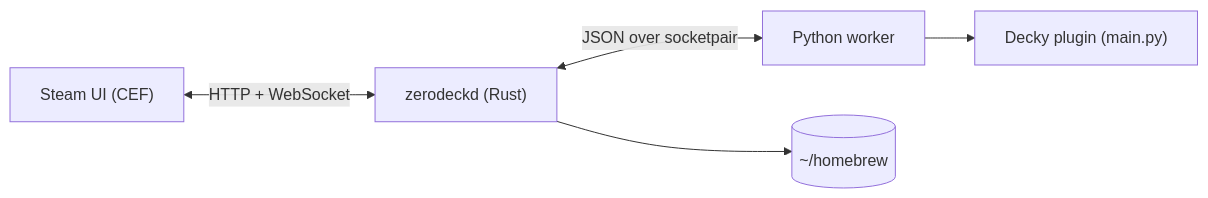
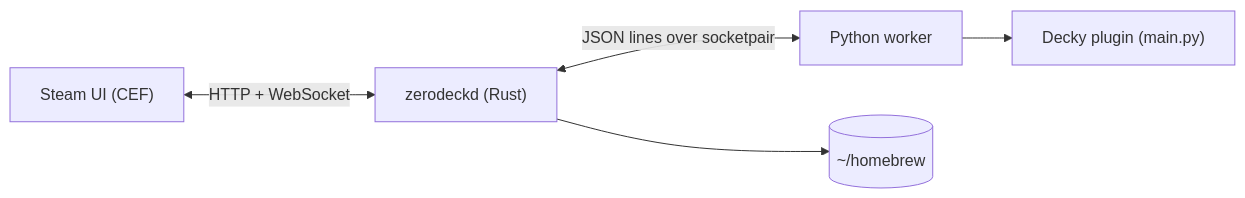
Before and after one commit to ygorsimoes/zerodeck: the diagram in README.md, drawn with Mermaid. The commit also changed other lines of this file and 5 other files, not shown here.

````diff
--- a/README.md
+++ b/README.md
@@ -109,7 +169,7 @@
 ```mermaid
 flowchart LR
     Steam["Steam UI (CEF)"] <-->|"HTTP + WebSocket"| Daemon["zerodeckd (Rust)"]
-    Daemon <-->|"JSON over socketpair"| Host["Python worker"]
+    Daemon <-->|"JSON lines over socketpair"| Host["Python worker"]
     Host --> Plugin["Decky plugin (main.py)"]
     Daemon --> FS[("~/homebrew")]
 ```
````
